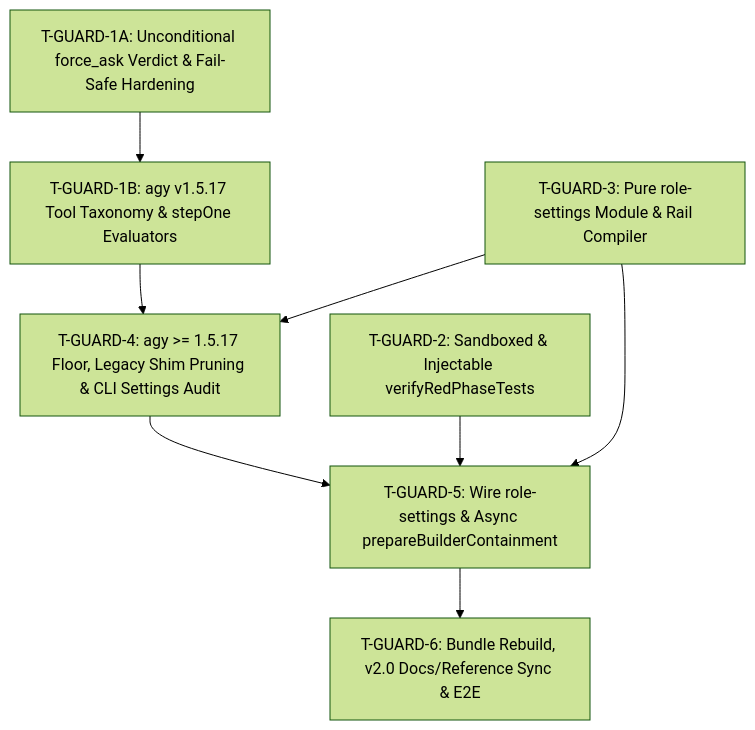
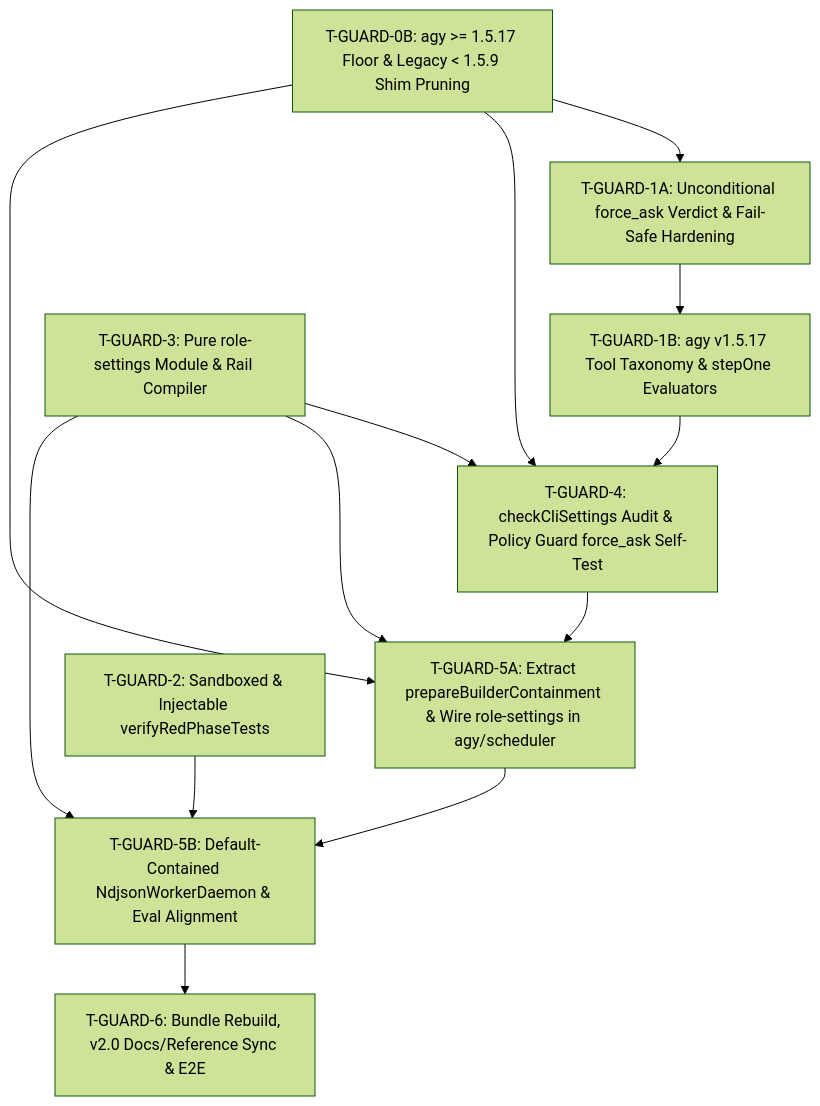
Before and after one commit to voodootikigod/antigravity-booster: the diagram in specs/native-agy-guardrails-spec.md, drawn with Mermaid (forest theme). The commit also changed other lines of this file, not shown here.

Commit message:
docs(spec): split T-GUARD-0B/5A/5B and resolve all v2.0 Plan ARL round 2 findings

````diff
--- a/specs/native-agy-guardrails-spec.md
+++ b/specs/native-agy-guardrails-spec.md
@@ -39,10 +37,15 @@
 ```mermaid
 graph TD
-  T-GUARD-1A["T-GUARD-1A: Unconditional force_ask Verdict & Fail-Safe Hardening"] --> T-GUARD-1B["T-GUARD-1B: agy v1.5.17 Tool Taxonomy & stepOne Evaluators"]
-  T-GUARD-1B --> T-GUARD-4["T-GUARD-4: agy >= 1.5.17 Floor, Legacy Shim Pruning & CLI Settings Audit"]
+  T-GUARD-0B["T-GUARD-0B: agy >= 1.5.17 Floor & Legacy < 1.5.9 Shim Pruning"] --> T-GUARD-1A["T-GUARD-1A: Unconditional force_ask Verdict & Fail-Safe Hardening"]
+  T-GUARD-0B --> T-GUARD-4["T-GUARD-4: checkCliSettings Audit & Policy Guard force_ask Self-Test"]
+  T-GUARD-0B --> T-GUARD-5A["T-GUARD-5A: Extract prepareBuilderContainment & Wire role-settings in agy/scheduler"]
+  T-GUARD-1A --> T-GUARD-1B["T-GUARD-1B: agy v1.5.17 Tool Taxonomy & stepOne Evaluators"]
+  T-GUARD-1B --> T-GUARD-4
   T-GUARD-3["T-GUARD-3: Pure role-settings Module & Rail Compiler"] --> T-GUARD-4
-  T-GUARD-3 --> T-GUARD-5["T-GUARD-5: Wire role-settings & Async prepareBuilderContainment"]
-  T-GUARD-4 --> T-GUARD-5
-  T-GUARD-2["T-GUARD-2: Sandboxed & Injectable verifyRedPhaseTests"] --> T-GUARD-5
-  T-GUARD-5 --> T-GUARD-6["T-GUARD-6: Bundle Rebuild, v2.0 Docs/Reference Sync & E2E"]
+  T-GUARD-3 --> T-GUARD-5A
+  T-GUARD-3 --> T-GUARD-5B["T-GUARD-5B: Default-Contained NdjsonWorkerDaemon & Eval Alignment"]
+  T-GUARD-4 --> T-GUARD-5A
+  T-GUARD-5A --> T-GUARD-5B
+  T-GUARD-2["T-GUARD-2: Sandboxed & Injectable verifyRedPhaseTests"] --> T-GUARD-5B
+  T-GUARD-5B --> T-GUARD-6["T-GUARD-6: Bundle Rebuild, v2.0 Docs/Reference Sync & E2E"]
 ```
````
